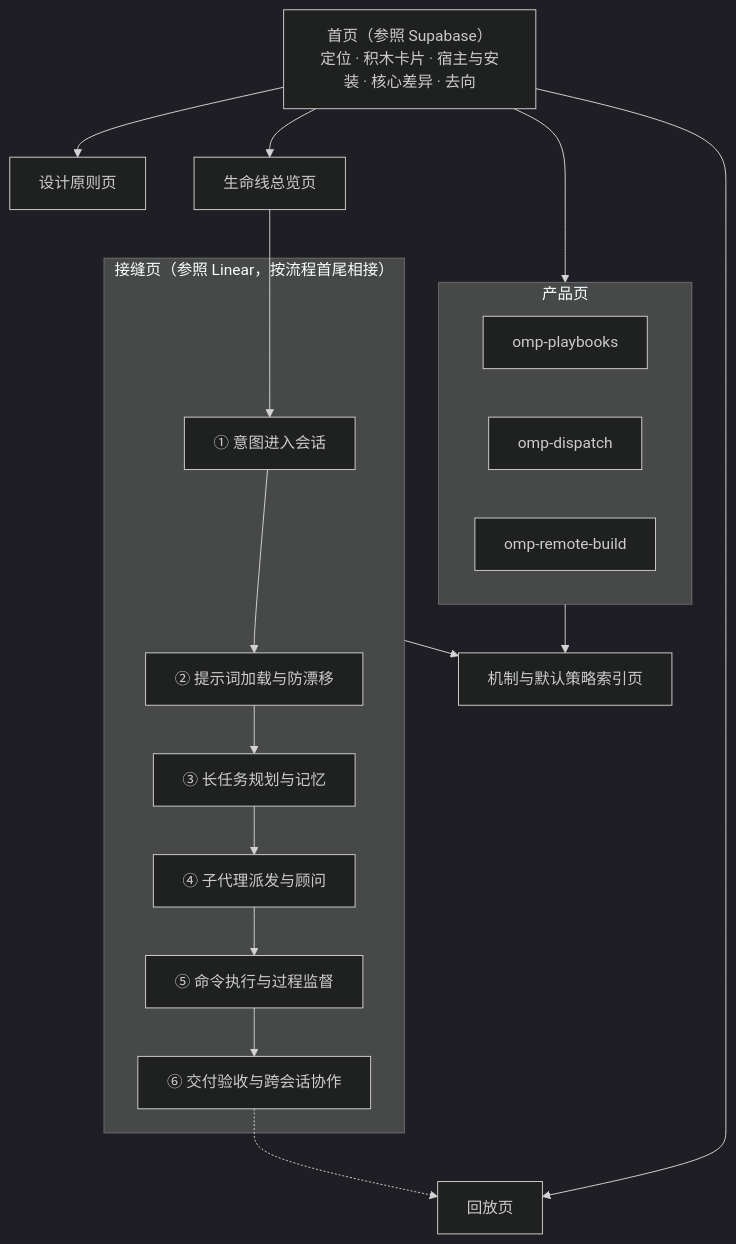
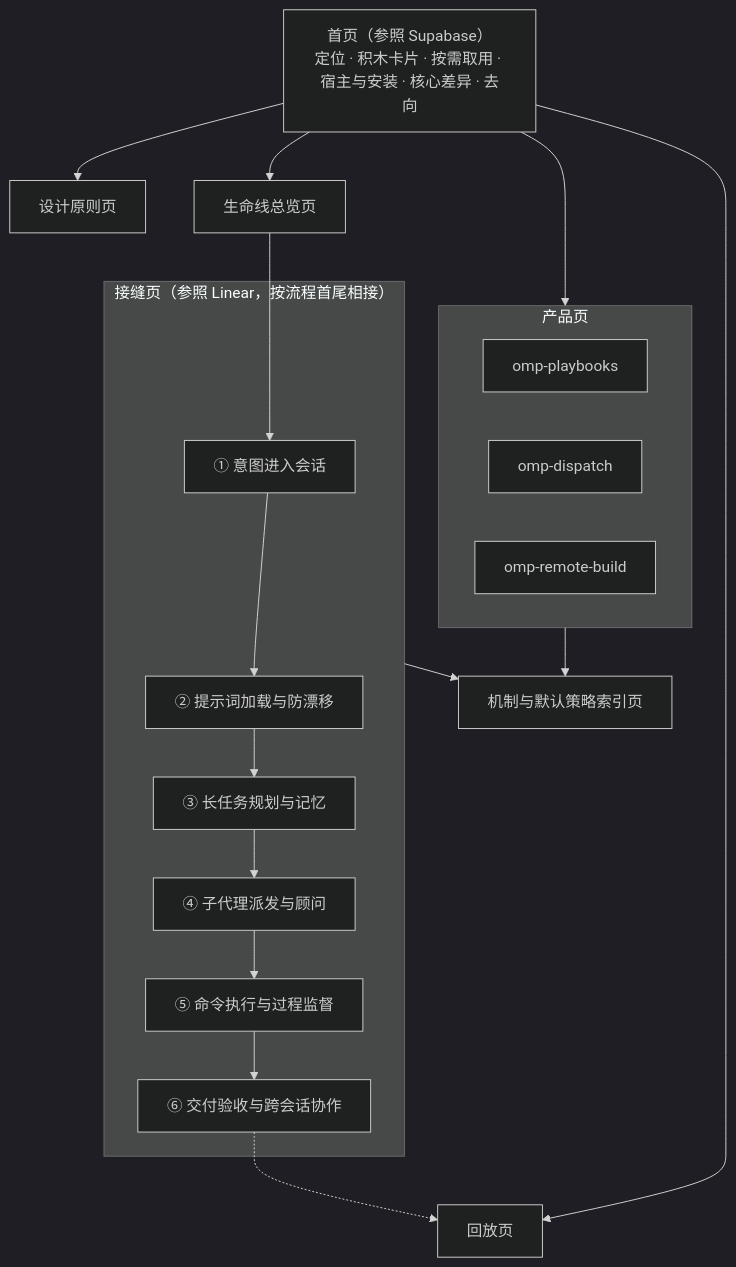
Before and after one commit to oh-my-omp/omomp-site: the diagram in docs/content-design.md, drawn with Mermaid (dark theme). The commit also changed other lines of this file, not shown here.

````diff
--- a/docs/content-design.md
+++ b/docs/content-design.md
@@ -27,24 +27,24 @@
 ```mermaid
 flowchart TB
-  Home["首页（参照 Supabase）<br/>定位 · 积木卡片 · 宿主与安装 · 核心差异 · 去向"]
+  Home["首页（参照 Supabase）<br/>定位 · 积木卡片 · 按需取用 · 宿主与安装 · 核心差异 · 去向"]
   Home --> Tenets["设计原则页"]
   Home --> Life["生命线总览页"]
   Life --> S1
   subgraph Seams["接缝页（参照 Linear，按流程首尾相接）"]
     S1["① 意图进入会话"] --> S2["② 提示词加载与防漂移"]
     S2 --> S3["③ 长任务规划与记忆"]
     S3 --> S4["④ 子代理派发与顾问"]
     S4 --> S5["⑤ 命令执行与过程监督"]
     S5 --> S6["⑥ 交付验收与跨会话协作"]
   end
   S6 -.-> Replay["回放页"]
   Home --> Replay
   subgraph Products["产品页"]
     PB["omp-playbooks"]
     DP["omp-dispatch"]
     RB["omp-remote-build"]
   end
   Home --> Products
   Seams --> Idx["机制与默认策略索引页"]
   Products --> Idx
 ```
````
